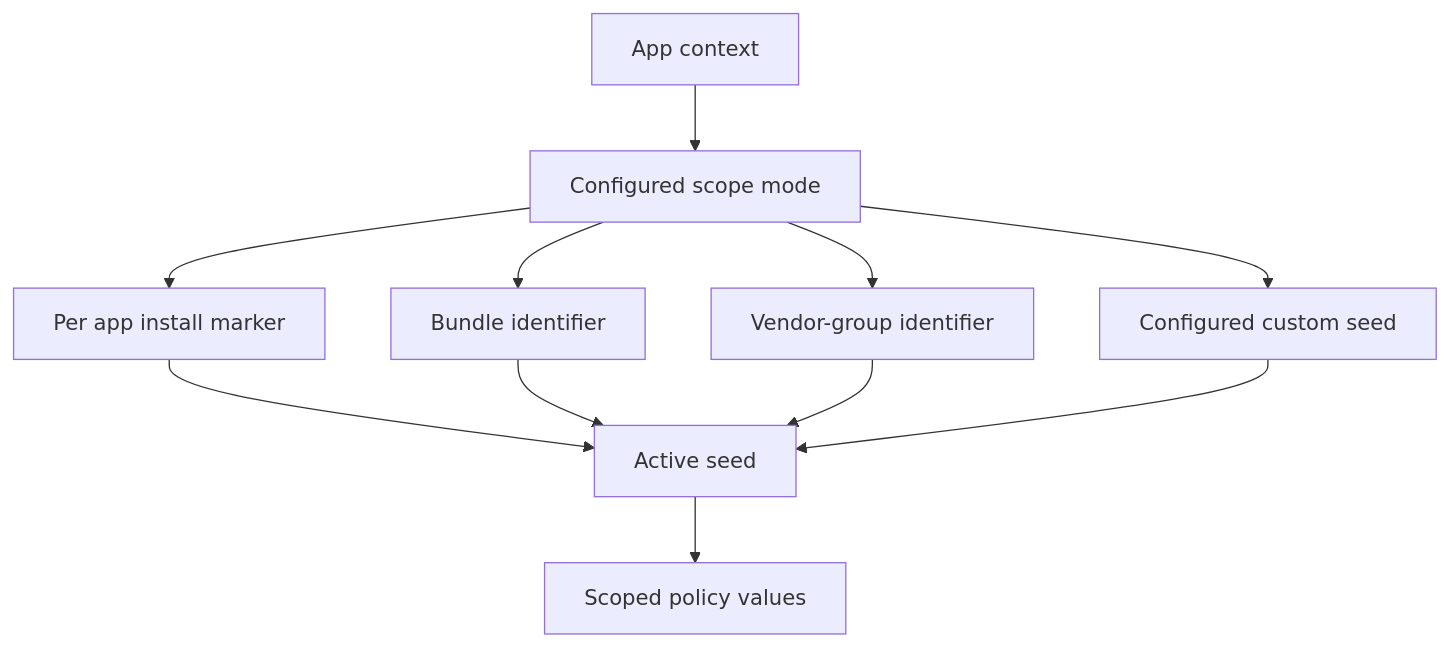
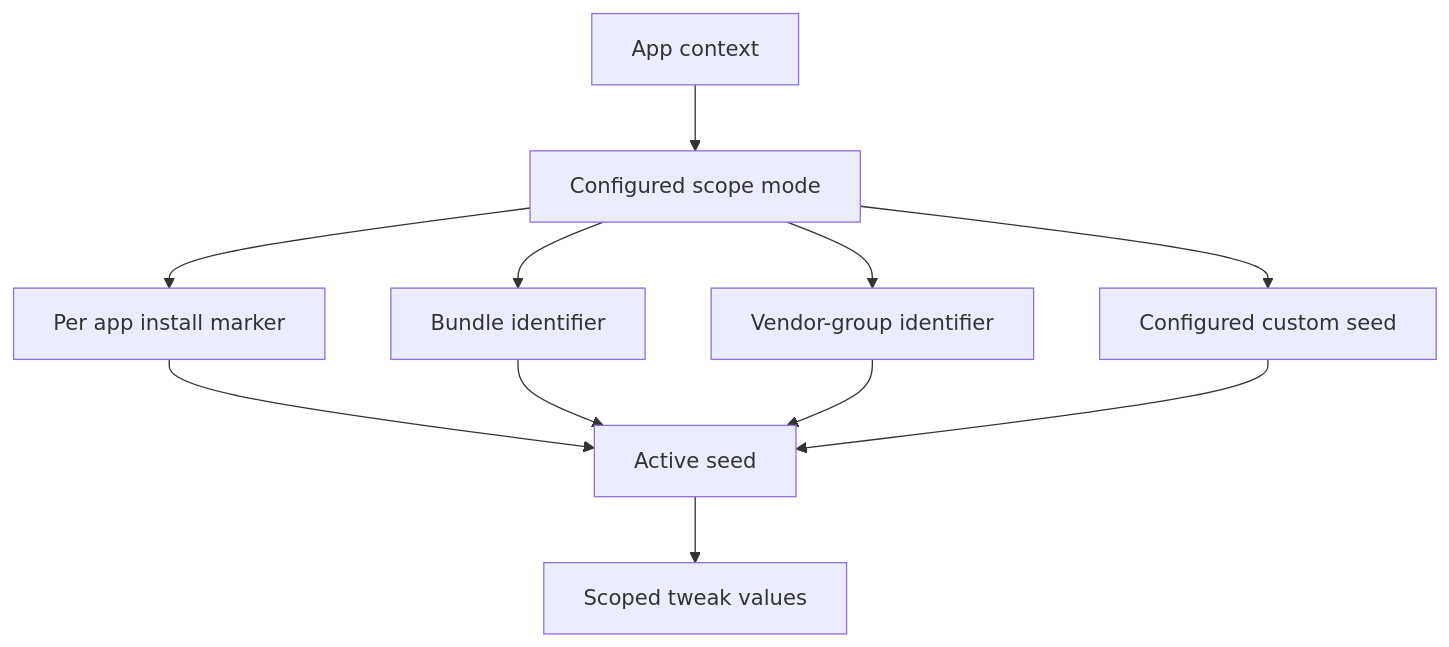
One commit to alecs297/loupehole changed the diagram in docs/concepts/scopes.md. Above: the diagram before and after it, drawn with Mermaid. The commit also changed 26 other files, not shown here.

Commit message:
Refresh docs for tweak-level policy seeds

````diff
--- a/docs/concepts/scopes.md
+++ b/docs/concepts/scopes.md
@@ -26,13 +26,13 @@
 ```mermaid
 flowchart TD
     Context[App context] --> Mode[Configured scope mode]
     Mode --> Install[Per app install marker]
     Mode --> App[Bundle identifier]
     Mode --> Vendor[Vendor-group identifier]
     Mode --> Manual[Configured custom seed]
     Install --> Active[Active seed]
     App --> Active
     Vendor --> Active
     Manual --> Active
-    Active --> Values[Scoped policy values]
+    Active --> Values[Scoped tweak values]
 ```
````
